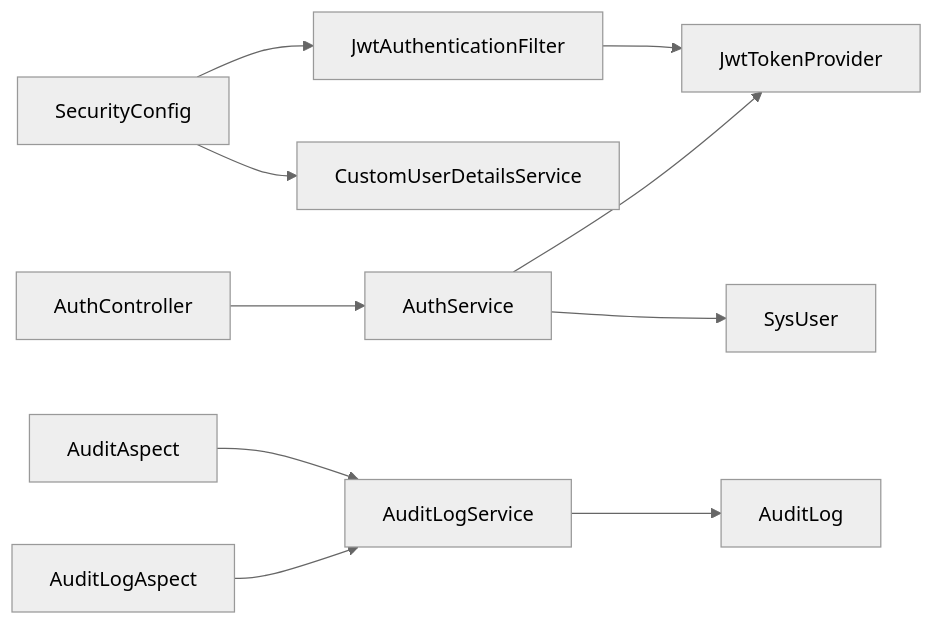
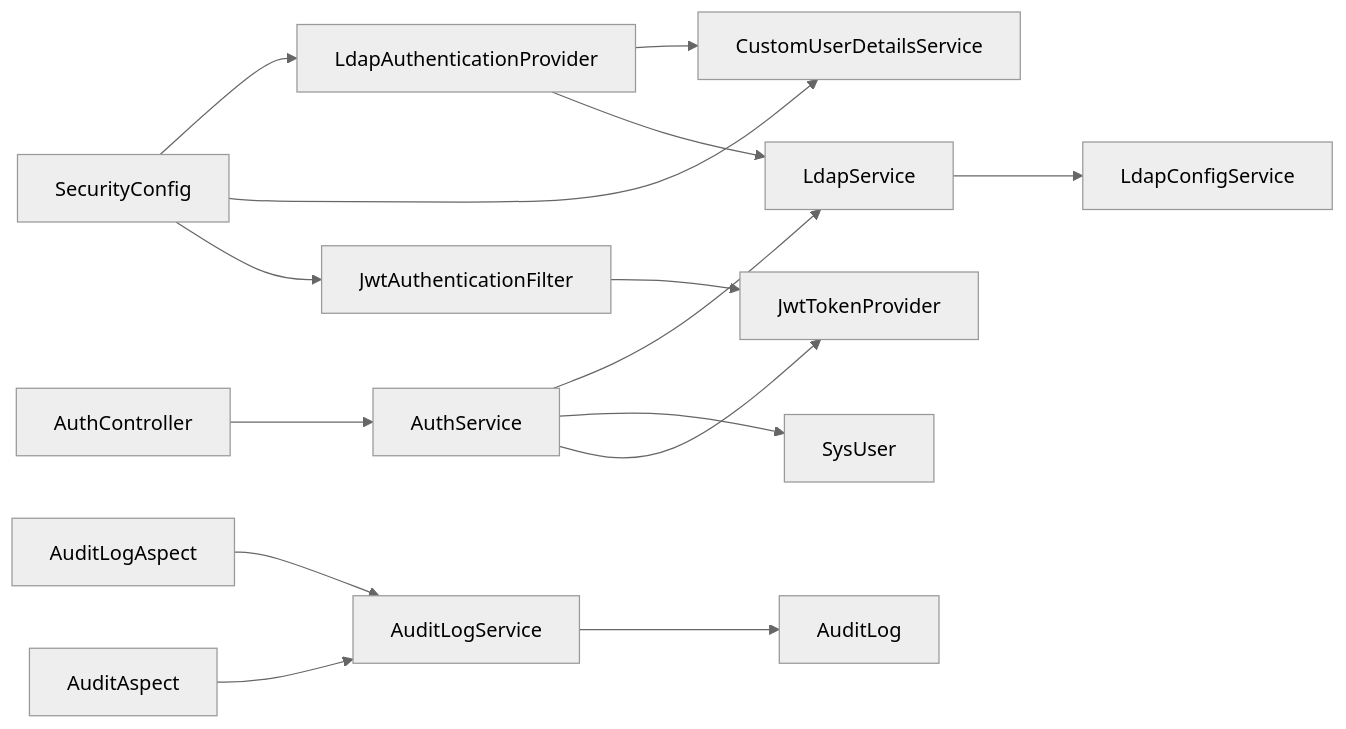
One commit to zzjxmy/mysql-risk-filed-check changed the tenth of 10 diagrams in .qoder/repowiki/zh/content/安全与认证/安全与认证.md. Above: the diagram before and after it, drawn with Mermaid (neutral theme). The commit also changed other lines of this file and 8 other files, not shown here.

````diff
--- a/.qoder/repowiki/zh/content/安全与认证/安全与认证.md
+++ b/.qoder/repowiki/zh/content/安全与认证/安全与认证.md
@@ -340,12 +473,17 @@
 ```mermaid
 graph LR
 SC["SecurityConfig"] --> JAF["JwtAuthenticationFilter"]
 SC --> CUDS["CustomUserDetailsService"]
+SC --> LAP["LdapAuthenticationProvider"]
 JAF --> JT["JwtTokenProvider"]
 AC["AuthController"] --> AS["AuthService"]
 AS --> JT
 AS --> SU["SysUser"]
+AS --> LS["LdapService"]
+LS --> LCS["LdapConfigService"]
 ALS["AuditLogService"] --> AL["AuditLog"]
 AA["AuditAspect"] --> ALS
 ALA["AuditLogAspect"] --> ALS
+LAP --> LS
+LAP --> CUDS
 ```
````
